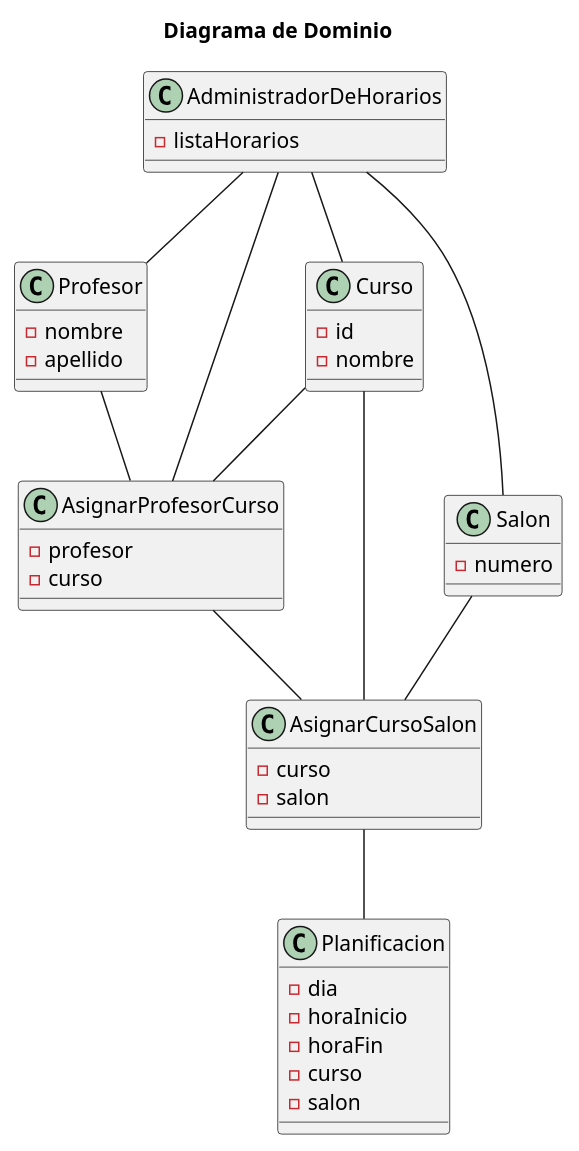
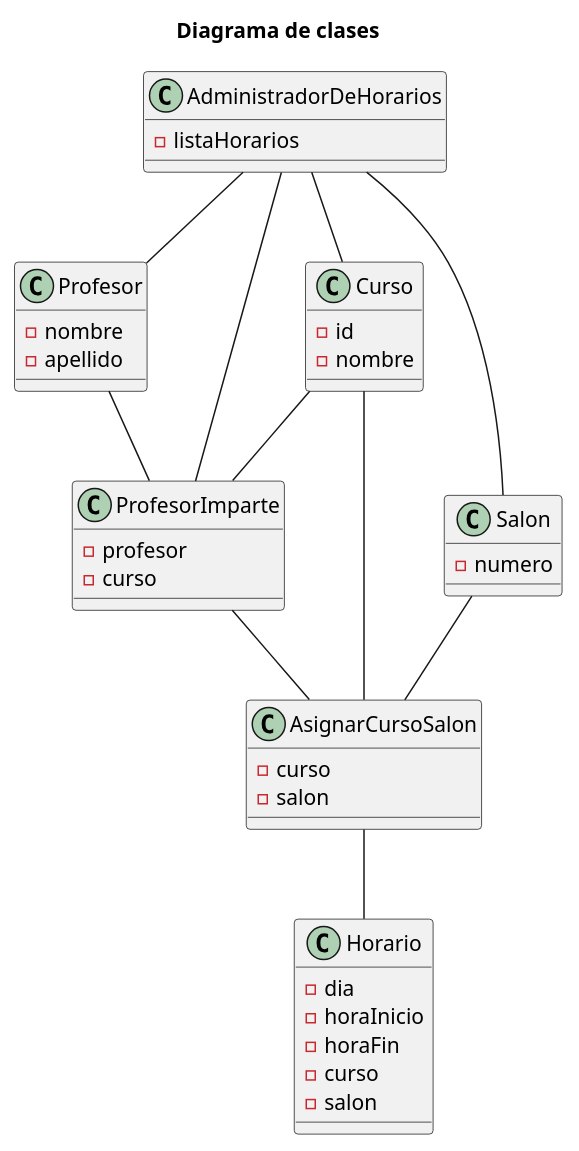
One commit to mmasias/24-25-IdSw1-SDR changed the diagram in modelosUML/Diagrama_de_clases.puml. Above: the diagram before and after it, drawn with PlantUML. The commit also changed 1 other file, not shown here.

```diff
--- a/modelosUML/Diagrama_de_clases.puml
+++ b/modelosUML/Diagrama_de_clases.puml
@@ -1,51 +1,52 @@
-title Diagrama de Dominio
+@startuml
+title Diagrama de clases
 
 class AdministradorDeHorarios {
     - listaHorarios
 }
 
 class Profesor {
     - nombre
     - apellido
 }
 
 class Curso {
     - id
     - nombre
 }
 
 class Salon {
     - numero
 }
 
-class Planificacion {
+class Horario {
     - dia
     - horaInicio
     - horaFin
     - curso
     - salon
 }
 
-class AsignarProfesorCurso {
+class ProfesorImparte {
     - profesor
     - curso
 }
 
 class AsignarCursoSalon {
     - curso
     - salon
 }
 
 AdministradorDeHorarios -- Profesor
 AdministradorDeHorarios -- Curso
 AdministradorDeHorarios -- Salon
 
-AdministradorDeHorarios -- AsignarProfesorCurso
-AsignarProfesorCurso -- AsignarCursoSalon
-AsignarCursoSalon -- Planificacion
+AdministradorDeHorarios -- ProfesorImparte
+ProfesorImparte -- AsignarCursoSalon
+AsignarCursoSalon -- Horario
 
-Profesor -- AsignarProfesorCurso
-Curso -- AsignarProfesorCurso
+Profesor -- ProfesorImparte
+Curso -- ProfesorImparte
 Curso -- AsignarCursoSalon
 Salon -- AsignarCursoSalon
 @enduml
```
